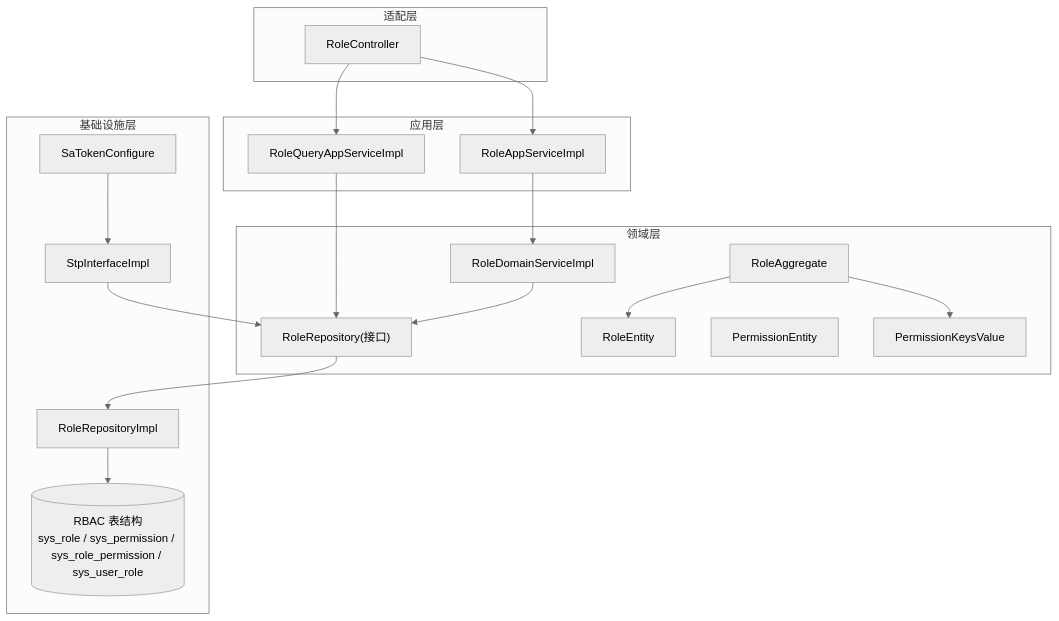
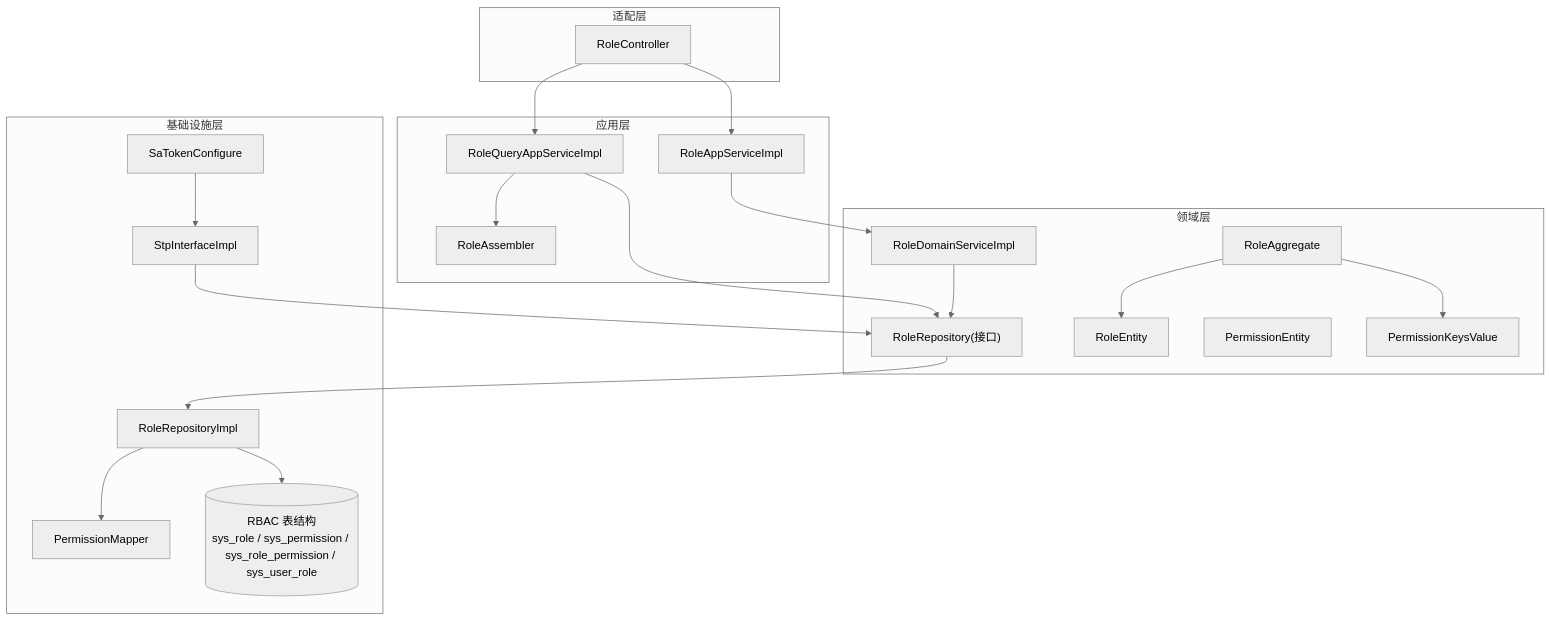
The first of 8 diagrams in .qoder/repowiki/zh/content/核心业务模块/角色权限管理模块.md (sunnaoxixi/spring-ddd-template), drawn with Mermaid (neutral theme) before and after one commit. The commit also changed other lines of this file and 91 other files, not shown here.

````diff
--- a/.qoder/repowiki/zh/content/核心业务模块/角色权限管理模块.md
+++ b/.qoder/repowiki/zh/content/核心业务模块/角色权限管理模块.md
@@ -44,35 +58,39 @@
 ```mermaid
 graph TB
 subgraph "适配层"
 RC["RoleController"]
 end
 subgraph "应用层"
 RA["RoleAppServiceImpl"]
 RQ["RoleQueryAppServiceImpl"]
+RAS["RoleAssembler"]
 end
 subgraph "领域层"
 RS["RoleDomainServiceImpl"]
 RR["RoleRepository(接口)"]
 AGG["RoleAggregate"]
 ENT_R["RoleEntity"]
 ENT_P["PermissionEntity"]
 VAL_PK["PermissionKeysValue"]
 end
 subgraph "基础设施层"
 RRI["RoleRepositoryImpl"]
+PM["PermissionMapper"]
 STP["StpInterfaceImpl"]
 CFG["SaTokenConfigure"]
 DB[("RBAC 表结构<br/>sys_role / sys_permission / sys_role_permission / sys_user_role")]
 end
 RC --> RA
 RC --> RQ
 RA --> RS
 RQ --> RR
+RQ --> RAS
 RS --> RR
 RR --> RRI
+RRI --> PM
 RRI --> DB
 STP --> RR
 CFG --> STP
 AGG --> ENT_R
 AGG --> VAL_PK
 ```
````
